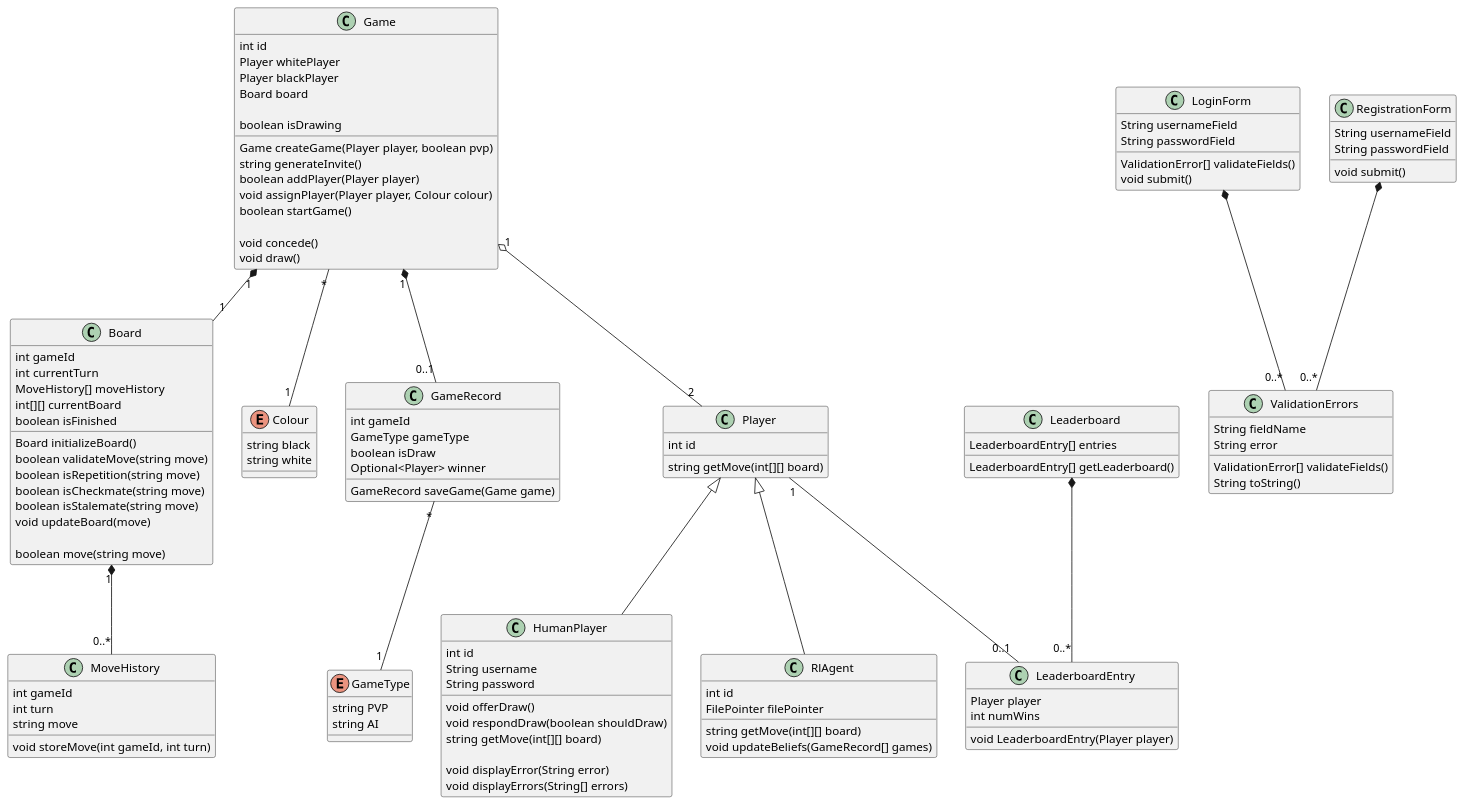
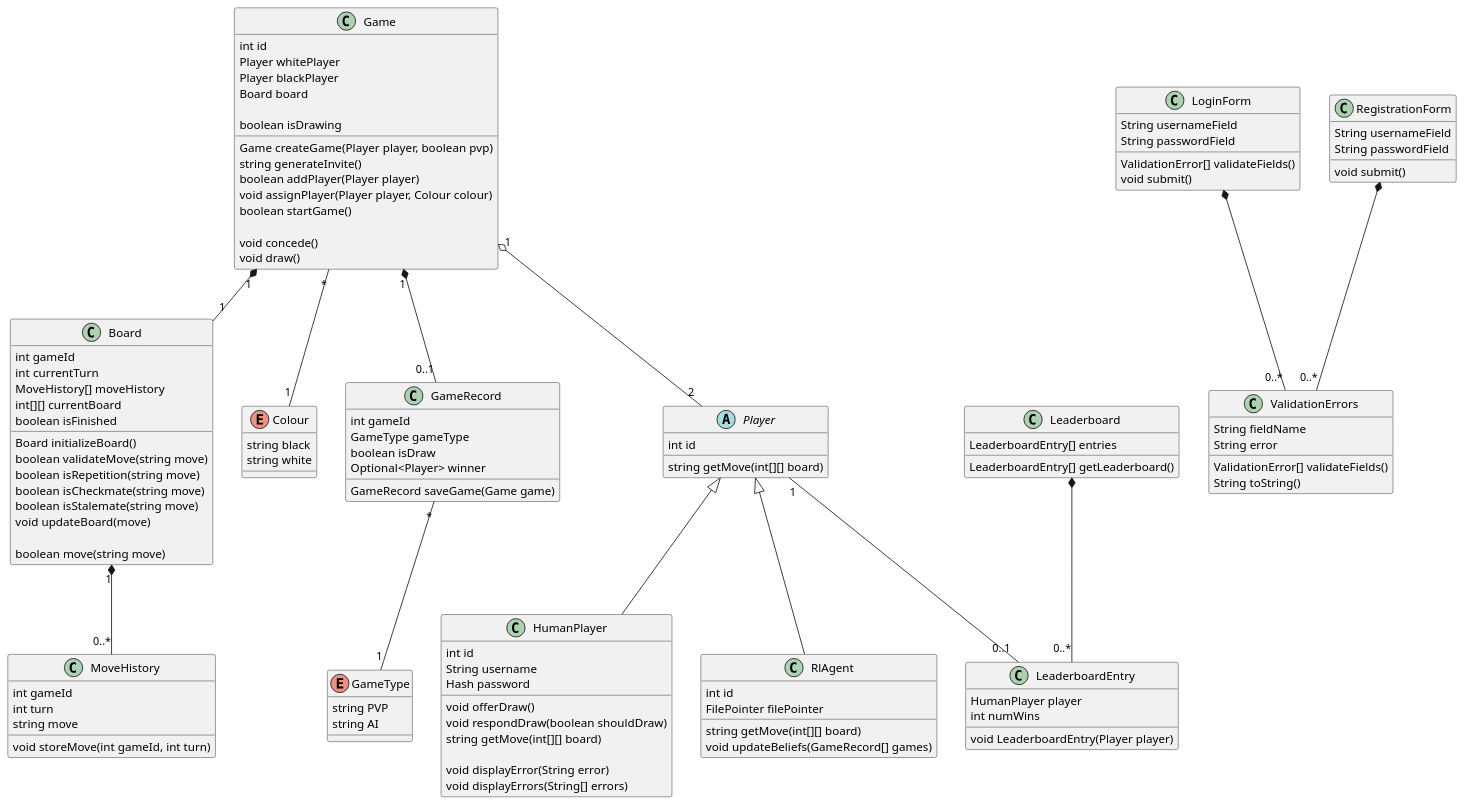
The diagram in docs/preliminary_design_diagrams/classdiagram.puml (ECE493-W22-G04/rl-chess), drawn with PlantUML before and after one commit.

Commit message:
Store password as hash

```diff
--- a/docs/preliminary_design_diagrams/classdiagram.puml
+++ b/docs/preliminary_design_diagrams/classdiagram.puml
@@ -1,150 +1,150 @@
 @startuml Class Diagram
 
 class Board {
   int gameId
   int currentTurn
   MoveHistory[] moveHistory
   int[][] currentBoard
   boolean isFinished
 
   Board initializeBoard()
   boolean validateMove(string move)
   boolean isRepetition(string move)
   boolean isCheckmate(string move)
   boolean isStalemate(string move)
   void updateBoard(move)
 
   boolean move(string move)
 }
 
 class MoveHistory {
   int gameId
   int turn
   string move
 
   void storeMove(int gameId, int turn)
 }
 
 Board "1" *-- "0..*" MoveHistory
 
 class Game {
   int id
   Player whitePlayer
   Player blackPlayer
   Board board
   
   boolean isDrawing
 
   Game createGame(Player player, boolean pvp)
   string generateInvite()
   boolean addPlayer(Player player)
   void assignPlayer(Player player, Colour colour)
   boolean startGame()
 
   void concede()
   void draw()
 }
 
 enum Colour {
     string black
     string white
 }
 
 Game "*" -- "1" Colour
 
 Game "1" *-- "1" Board
 
 class GameRecord {
   int gameId
   GameType gameType
   boolean isDraw
   Optional<Player> winner
   
   GameRecord saveGame(Game game)
 }
 
 enum GameType {
   string PVP
   string AI
 }
 
 GameRecord "*" -- "1" GameType
 
-class Player {
+abstract class Player {
   int id
 
   string getMove(int[][] board)
 }
 
 class HumanPlayer {
   int id
   String username
-  String password
+  Hash password
 
   void offerDraw()
   void respondDraw(boolean shouldDraw)
   string getMove(int[][] board)
 
   void displayError(String error)
   void displayErrors(String[] errors)
 }
 
 class RlAgent {
   int id
   FilePointer filePointer
 
   string getMove(int[][] board)
   void updateBeliefs(GameRecord[] games)
 }
 
 Game "1" o-- "2" Player
 
 Player <|-- RlAgent
 Player <|-- HumanPlayer
 
 Game "1" *-- "0..1" GameRecord
 
 class Leaderboard {
   LeaderboardEntry[] entries
 
   LeaderboardEntry[] getLeaderboard()
 }
 
 class LeaderboardEntry {
-  Player player
+  HumanPlayer player
   int numWins
 
   void LeaderboardEntry(Player player)
 }
 
 Player "1" -- "0..1" LeaderboardEntry
 
 Leaderboard *-- "0..*" LeaderboardEntry
 
 class LoginForm {
   String usernameField
   String passwordField
 
   ValidationError[] validateFields()
   void submit()
 }
 
 class RegistrationForm {
   String usernameField
   String passwordField
 
   void submit()
 }
 
 class ValidationErrors {
   String fieldName
   String error
 
   ValidationError[] validateFields()
   String toString()
 }
 
 LoginForm *-- "0..*" ValidationErrors
 RegistrationForm *-- "0..*" ValidationErrors
 
 @enduml
```
